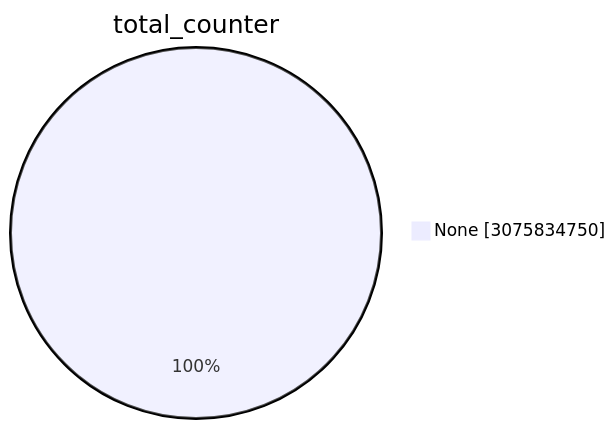
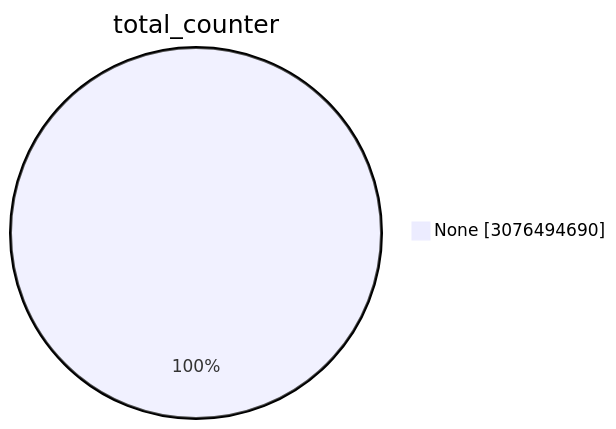
Before and after one commit to christiankrug/ctmonitor_visualization: the first of 15 diagrams in TOTAL/README.md, drawn with Mermaid. The commit also changed other lines of this file, not shown here.

````diff
--- a/TOTAL/README.md
+++ b/TOTAL/README.md
@@ -1,5 +1,5 @@
 ```mermaid
 pie showData
 title total_counter
-"None" :3075834750
+"None" :3076494690
 ```
````
